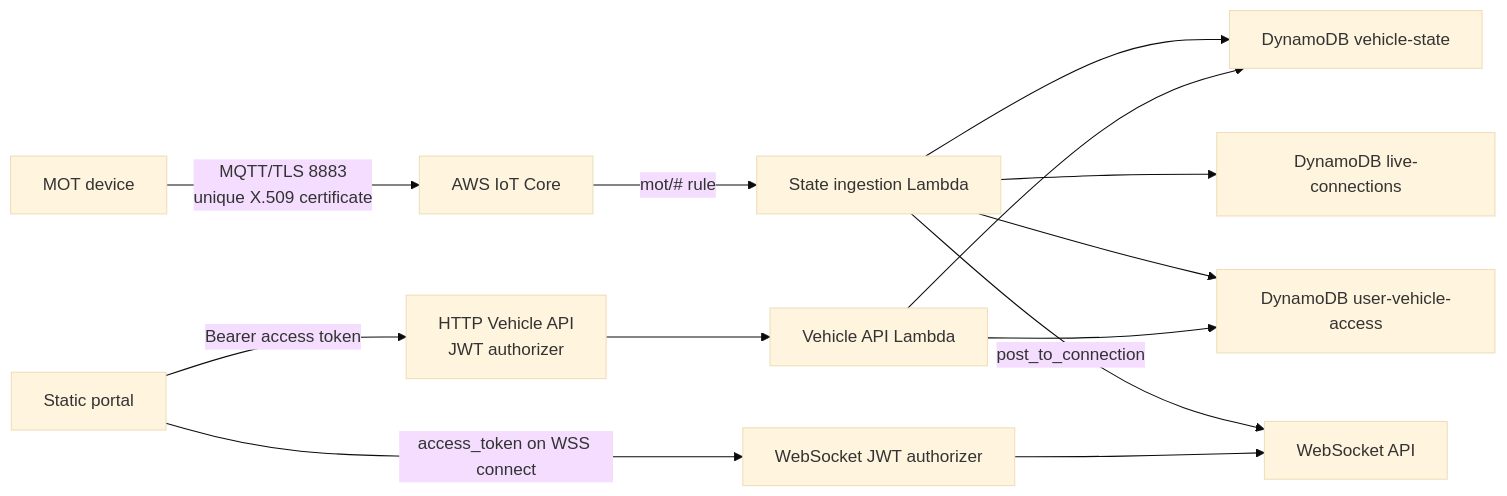
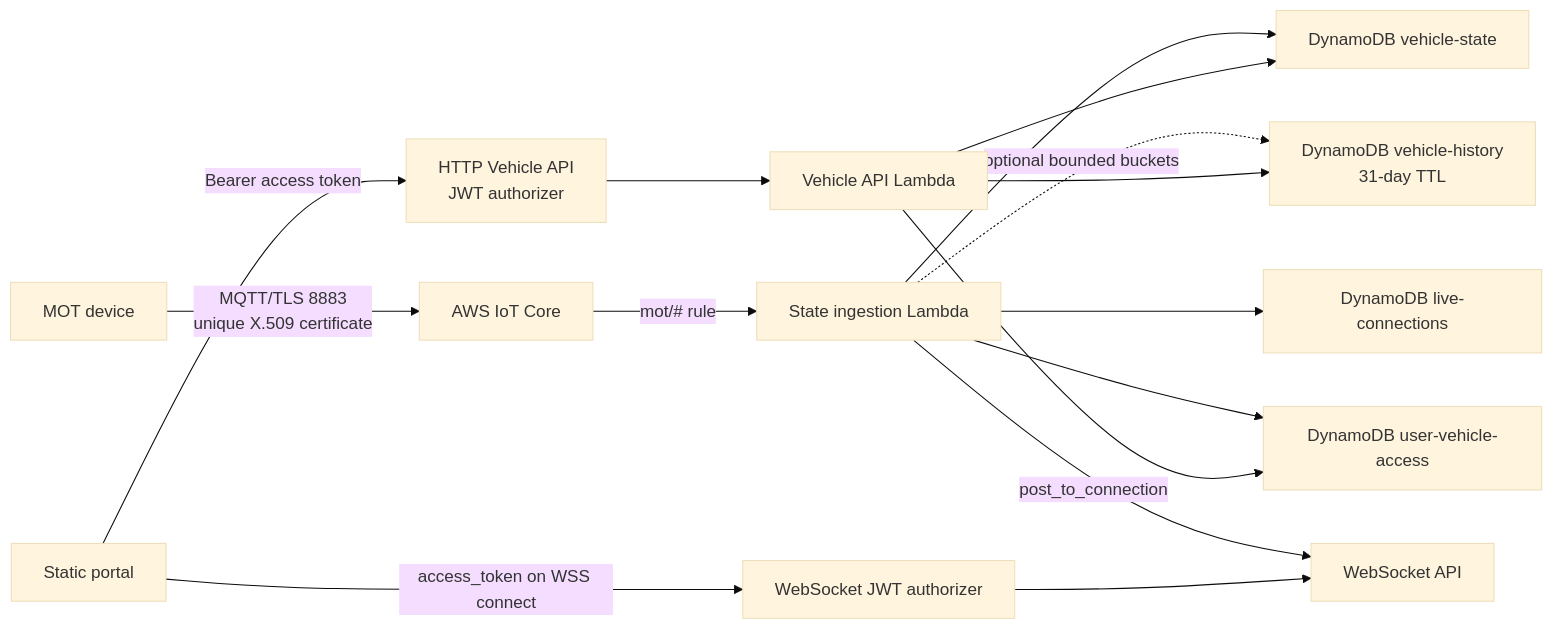
One commit to MM1834/microlino-open-telemetry changed the first of 2 diagrams in docs/architecture/aws-iot.md. Above: the diagram before and after it, drawn with Mermaid (base theme). The commit also changed other lines of this file and 32 other files, not shown here.

````diff
--- a/docs/architecture/aws-iot.md
+++ b/docs/architecture/aws-iot.md
@@ -11,15 +11,17 @@
 ```mermaid
 flowchart LR
     Device["MOT device"] -->|"MQTT/TLS 8883\nunique X.509 certificate"| IoT["AWS IoT Core"]
     IoT -->|"mot/# rule"| Ingest["State ingestion Lambda"]
     Ingest --> State["DynamoDB vehicle-state"]
+    Ingest -.->|"optional bounded buckets"| History["DynamoDB vehicle-history\n31-day TTL"]
     Ingest --> Connections["DynamoDB live-connections"]
     Ingest --> Access["DynamoDB user-vehicle-access"]
     Ingest -->|"post_to_connection"| WSS["WebSocket API"]
 
     Portal["Static portal"] -->|"Bearer access token"| HTTP["HTTP Vehicle API\nJWT authorizer"]
     HTTP --> VehicleApi["Vehicle API Lambda"] --> State
     VehicleApi --> Access
+    VehicleApi --> History
     Portal -->|"access_token on WSS connect"| Authorizer["WebSocket JWT authorizer"]
     Authorizer --> WSS
 ```
````
